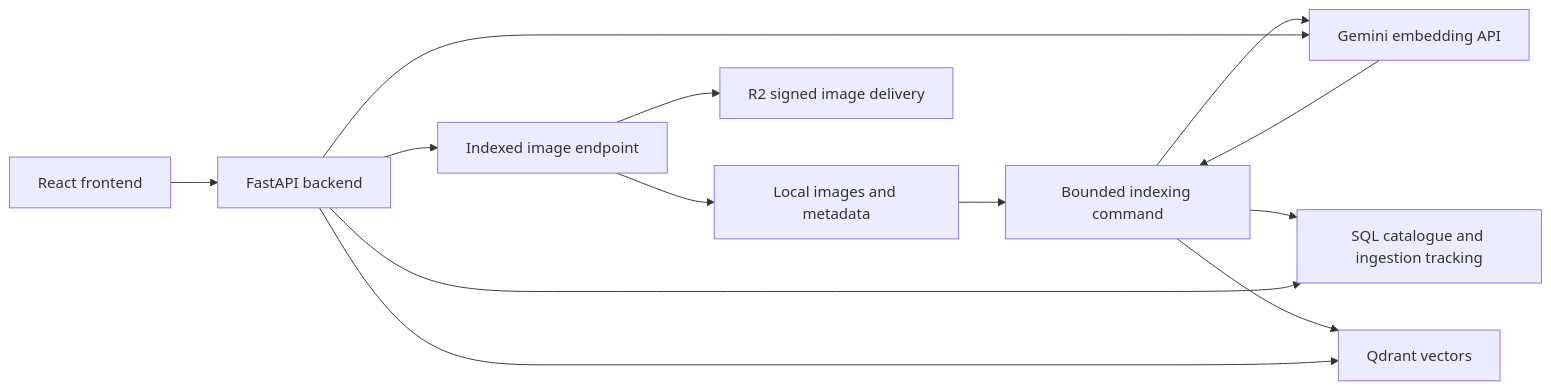
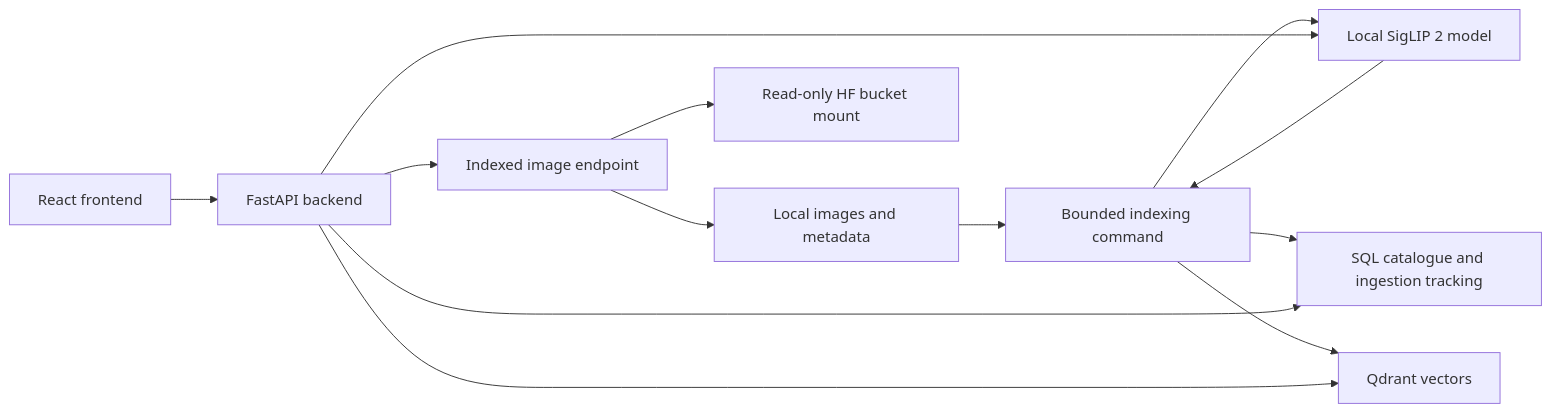
The diagram in docs/multimodal_search_spec.md (CoralLeiCN/multimodal), drawn with Mermaid before and after one commit. The commit also changed other lines of this file and 136 other files, not shown here.

````diff
--- a/docs/multimodal_search_spec.md
+++ b/docs/multimodal_search_spec.md
@@ -157,15 +102,15 @@
 ```mermaid
 flowchart LR
     D[Local images and metadata] --> I[Bounded indexing command]
-    I --> G[Gemini embedding API]
+    I --> G[Local SigLIP 2 model]
     G --> I
     I --> S[SQL catalogue and ingestion tracking]
     I --> Q[Qdrant vectors]
     B[React frontend] --> A[FastAPI backend]
     A --> G
     A --> S
     A --> Q
     A --> M[Indexed image endpoint]
     M --> D
-    M --> R[R2 signed image delivery]
+    M --> H[Read-only HF bucket mount]
 ```
````
